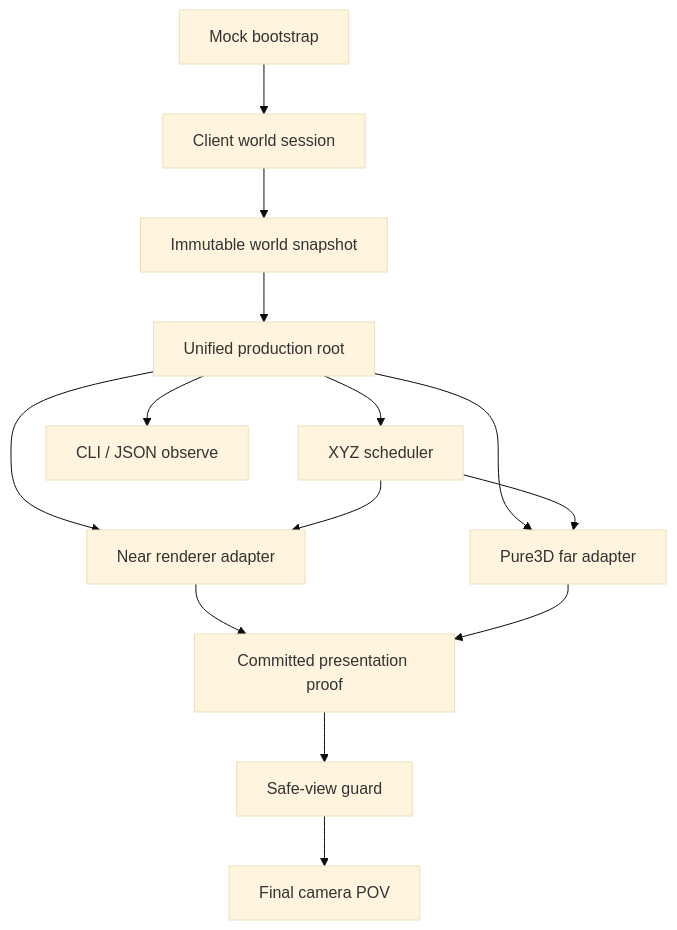
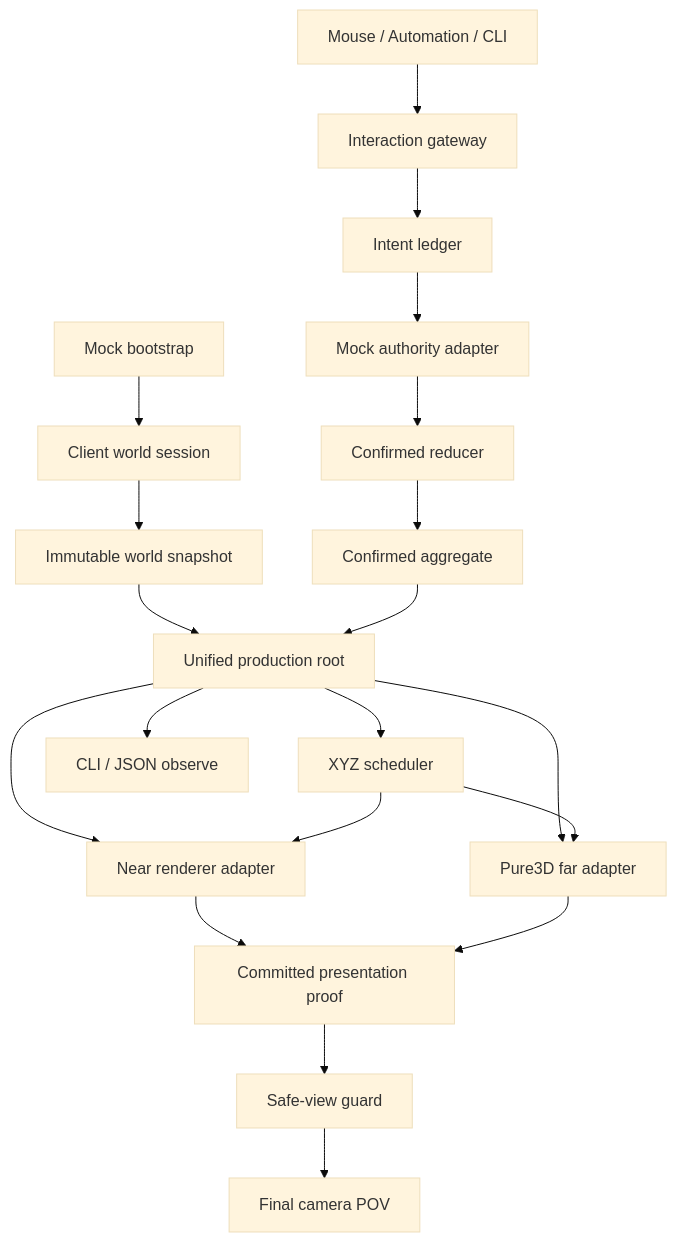
The diagram in docs/00-current-truth/design/client/streaming-lod.md (dyzdyz010/ex_mmo_cluster), drawn with Mermaid (base theme) before and after one commit. The commit also changed other lines of this file and 21 other files, not shown here.

````diff
--- a/docs/00-current-truth/design/client/streaming-lod.md
+++ b/docs/00-current-truth/design/client/streaming-lod.md
@@ -33,16 +36,22 @@
 ```mermaid
 flowchart TD
     Bootstrap[Mock bootstrap] --> Session[Client world session]
     Session --> Snapshot[Immutable world snapshot]
+    Input[Mouse / Automation / CLI] --> Gateway[Interaction gateway]
+    Gateway --> Intent[Intent ledger]
+    Intent --> Mock[Mock authority adapter]
+    Mock --> Reducer[Confirmed reducer]
+    Reducer --> Confirmed[Confirmed aggregate]
     Snapshot --> Root[Unified production root]
+    Confirmed --> Root
     Root --> Scheduler[XYZ scheduler]
     Root --> Near[Near renderer adapter]
     Root --> Far[Pure3D far adapter]
     Scheduler --> Near
     Scheduler --> Far
     Near --> Proof[Committed presentation proof]
     Far --> Proof
     Proof --> SafeView[Safe-view guard]
     SafeView --> Camera[Final camera POV]
     Root --> Observe[CLI / JSON observe]
 ```
````
